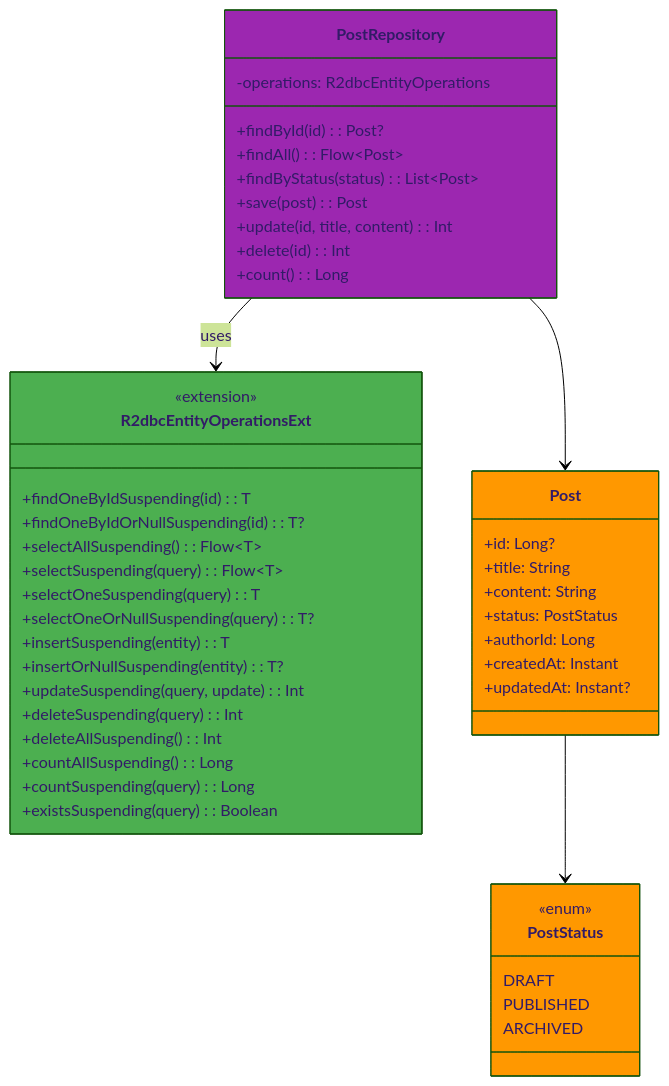
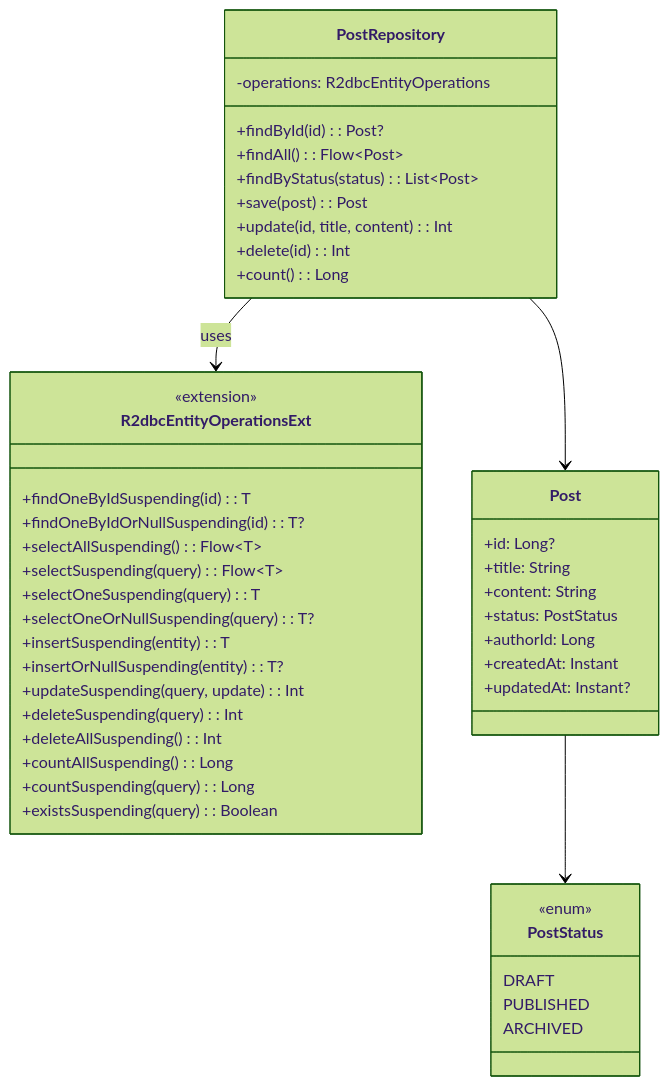
One commit to bluetape4k/bluetape4k-projects changed the first of 4 diagrams in spring-boot3/r2dbc/README.md. Above: the diagram before and after it, drawn with Mermaid (forest theme). The commit also changed 95 other files, not shown here.

First line of the commit message:
docs: Mermaid 파서 오류 전체 수정 (IntelliJ IDEA 호환)

````diff
--- a/spring-boot3/r2dbc/README.md
+++ b/spring-boot3/r2dbc/README.md
@@ -304,55 +304,49 @@
 ```mermaid
 classDiagram
-    class R2dbcEntityOperationsExt:::serviceStyle {
+    class R2dbcEntityOperationsExt {
         <<extension>>
         +findOneByIdSuspending(id): T
         +findOneByIdOrNullSuspending(id): T?
         +selectAllSuspending(): Flow~T~
         +selectSuspending(query): Flow~T~
         +selectOneSuspending(query): T
         +selectOneOrNullSuspending(query): T?
         +insertSuspending(entity): T
         +insertOrNullSuspending(entity): T?
         +updateSuspending(query, update): Int
         +deleteSuspending(query): Int
         +deleteAllSuspending(): Int
         +countAllSuspending(): Long
         +countSuspending(query): Long
         +existsSuspending(query): Boolean
     }
-    class PostRepository:::repoStyle {
+    class PostRepository {
         -operations: R2dbcEntityOperations
         +findById(id): Post?
         +findAll(): Flow~Post~
         +findByStatus(status): List~Post~
         +save(post): Post
         +update(id, title, content): Int
         +delete(id): Int
         +count(): Long
     }
-    class Post:::entityStyle {
+    class Post {
         +id: Long?
         +title: String
         +content: String
         +status: PostStatus
         +authorId: Long
         +createdAt: Instant
         +updatedAt: Instant?
     }
-    class PostStatus:::entityStyle {
+    class PostStatus {
         <<enum>>
         DRAFT
         PUBLISHED
         ARCHIVED
     }
-    classDef controllerStyle fill:#2196F3
-    classDef serviceStyle fill:#4CAF50
-    classDef repoStyle fill:#9C27B0
-    classDef entityStyle fill:#FF9800
-    classDef configStyle fill:#607D8B
-    classDef cacheStyle fill:#F44336
 
     PostRepository --> R2dbcEntityOperationsExt : uses
     PostRepository --> Post
     Post --> PostStatus
 ```
````
